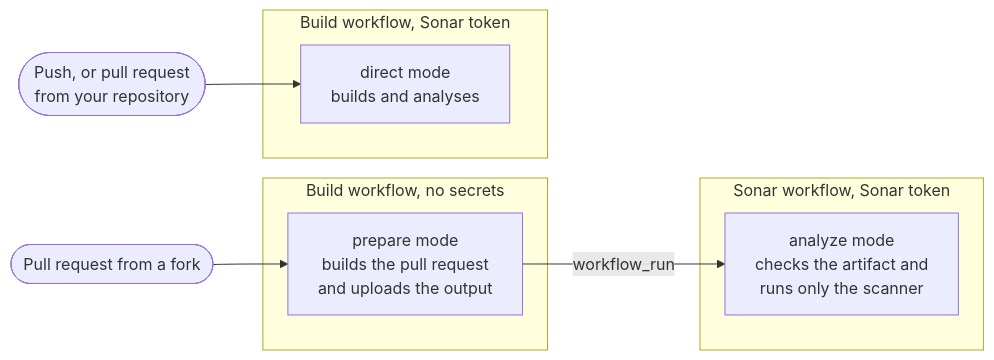
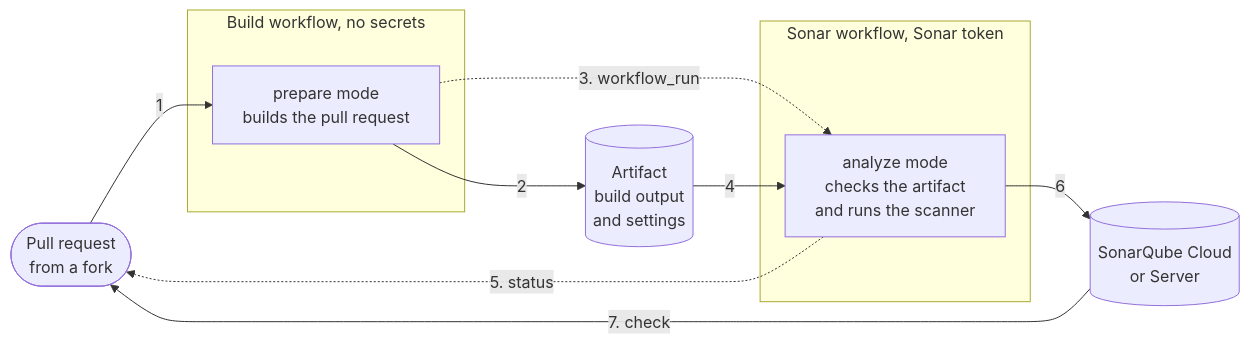
Before and after one commit to galois-groups/sonar-fork-analysis: the first of 2 diagrams in docs/how-it-works.md, drawn with Mermaid. The commit also changed other lines of this file and 2 other files, not shown here.

````diff
--- a/docs/how-it-works.md
+++ b/docs/how-it-works.md
@@ -9,15 +15,19 @@
 ```mermaid
 flowchart LR
-  fork(["Pull request from a fork"]) --> prepare
+  pr(["Pull request<br/>from a fork"])
   subgraph build["Build workflow, no secrets"]
-    prepare["prepare mode<br/>builds the pull request<br/>and uploads the output"]
+    prepare["prepare mode<br/>builds the pull request"]
   end
-  prepare -- "workflow_run" --> analyze
+  artifact[("Artifact<br/>build output<br/>and settings")]
   subgraph sonar["Sonar workflow, Sonar token"]
-    analyze["analyze mode<br/>checks the artifact and<br/>runs only the scanner"]
+    analyze["analyze mode<br/>checks the artifact<br/>and runs the scanner"]
   end
-  own(["Push, or pull request<br/>from your repository"]) --> direct
-  subgraph trusted["Build workflow, Sonar token"]
-    direct["direct mode<br/>builds and analyses"]
-  end
+  server[("SonarQube Cloud<br/>or Server")]
+  pr -- "1" --> prepare
+  prepare -- "2" --> artifact
+  prepare -. "3. workflow_run" .-> analyze
+  artifact -- "4" --> analyze
+  analyze -. "5. status" .-> pr
+  analyze -- "6" --> server
+  server -- "7. check" --> pr
 ```
````
